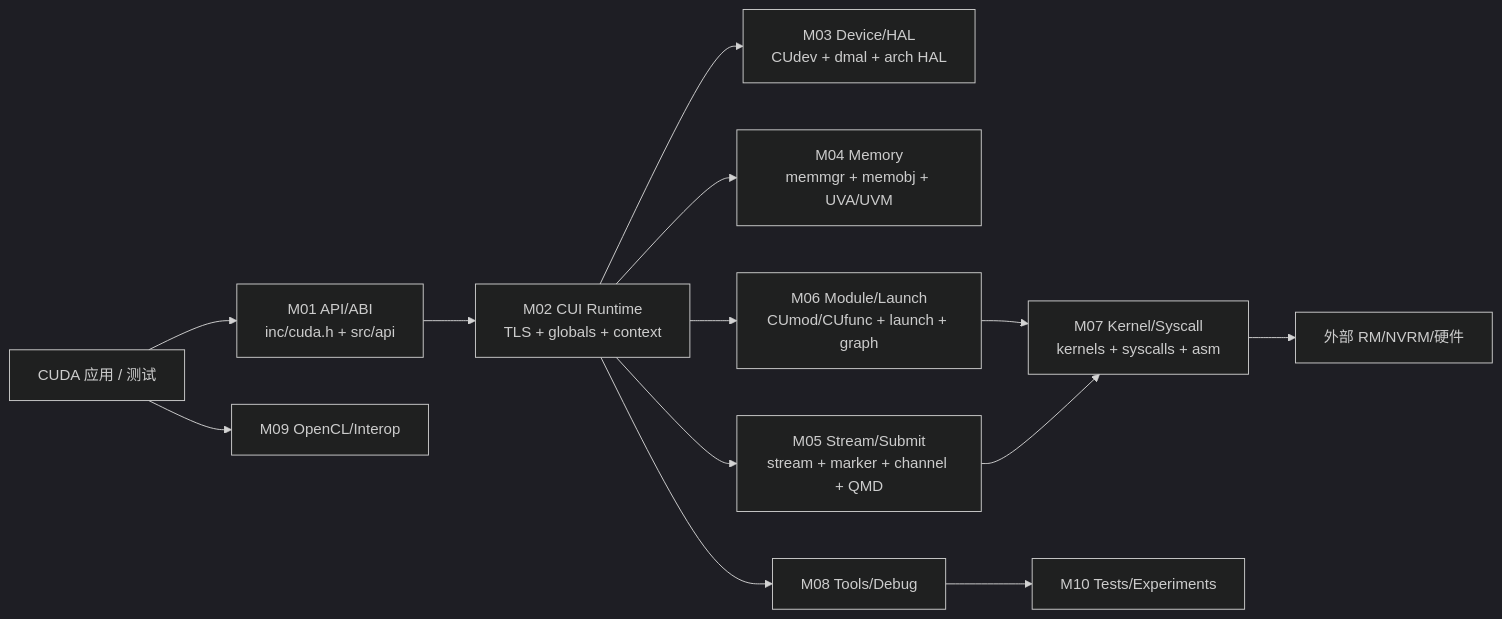
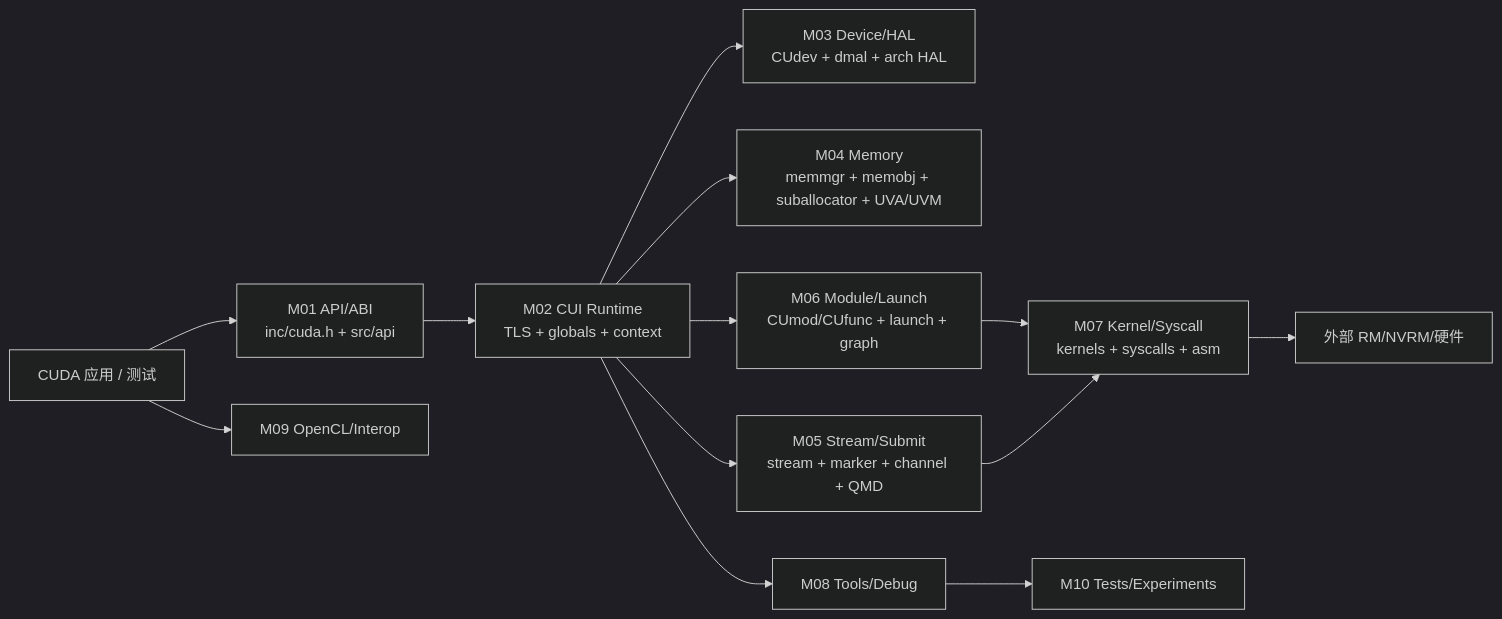
One commit to visionarywind/Projects changed the diagram in cuda/README.md. Above: the diagram before and after it, drawn with Mermaid (dark theme). The commit also changed other lines of this file and 28 other files, not shown here.

````diff
--- a/cuda/README.md
+++ b/cuda/README.md
@@ -85,15 +87,15 @@
 ```mermaid
 flowchart LR
     U[CUDA 应用 / 测试] --> A[M01 API/ABI\ninc/cuda.h + src/api]
     A --> R[M02 CUI Runtime\nTLS + globals + context]
     R --> D[M03 Device/HAL\nCUdev + dmal + arch HAL]
-    R --> M[M04 Memory\nmemmgr + memobj + UVA/UVM]
+    R --> M[M04 Memory\nmemmgr + memobj + suballocator + UVA/UVM]
     R --> S[M05 Stream/Submit\nstream + marker + channel + QMD]
     R --> L[M06 Module/Launch\nCUmod/CUfunc + launch + graph]
     L --> K[M07 Kernel/Syscall\nkernels + syscalls + asm]
     S --> K
     R --> T[M08 Tools/Debug]
     U --> O[M09 OpenCL/Interop]
     T --> X[M10 Tests/Experiments]
     K --> H[外部 RM/NVRM/硬件]
 ```
````
